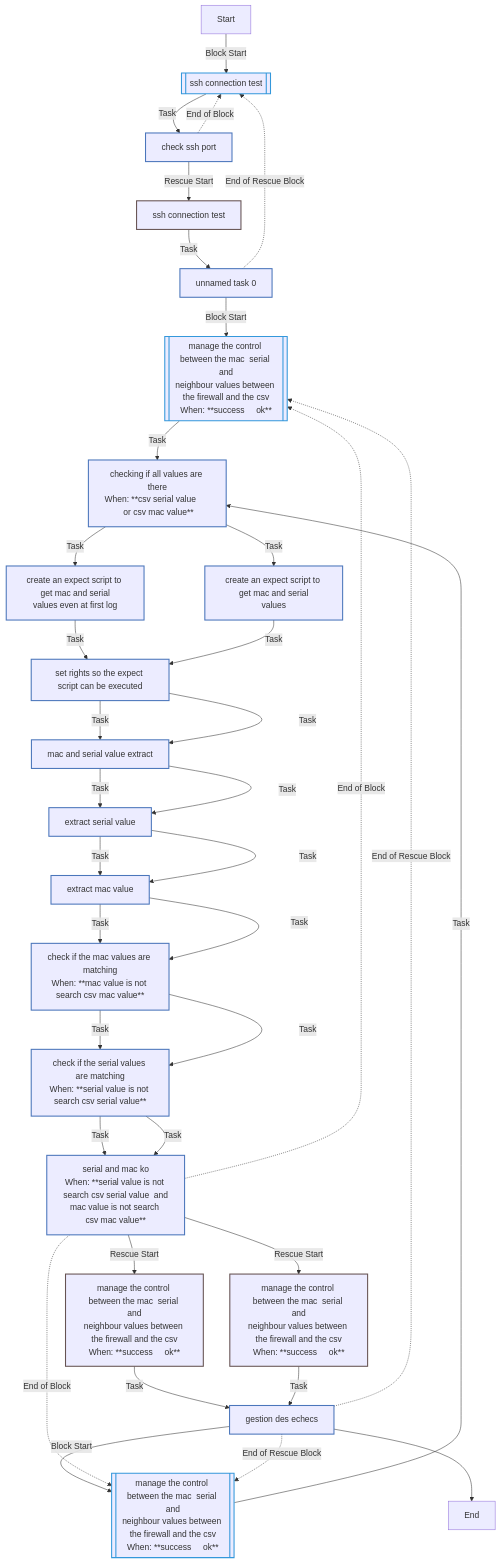
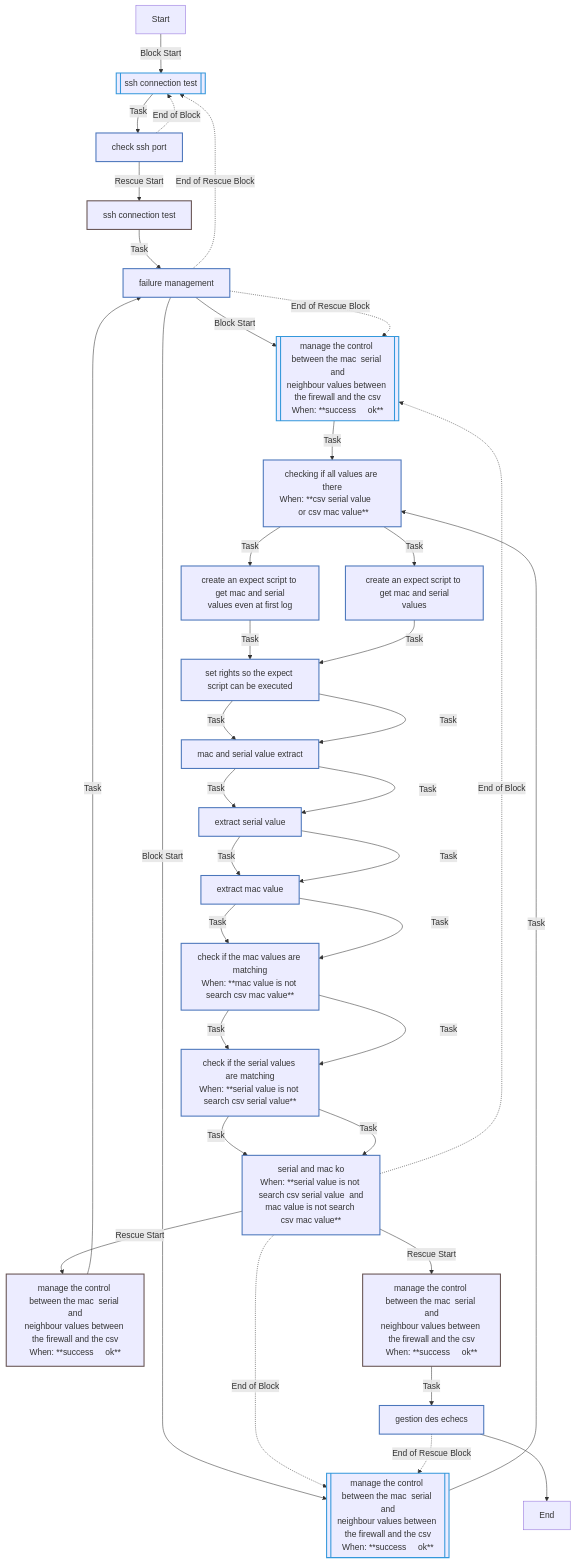
One commit to Enabo/Perso_tests changed the first of 5 diagrams in README.md. Above: the diagram before and after it, drawn with Mermaid. The commit also changed other lines of this file, not shown here.

````diff
--- a/README.md
+++ b/README.md
@@ -107,48 +107,48 @@
 ```mermaid
 flowchart TD
 Start
 classDef block stroke:#3498db,stroke-width:2px;
 classDef task stroke:#4b76bb,stroke-width:2px;
 classDef includeTasks stroke:#16a085,stroke-width:2px;
 classDef importTasks stroke:#34495e,stroke-width:2px;
 classDef includeRole stroke:#2980b9,stroke-width:2px;
 classDef importRole stroke:#699ba7,stroke-width:2px;
 classDef includeVars stroke:#8e44ad,stroke-width:2px;
 classDef rescue stroke:#665352,stroke-width:2px;
 
   Start-->|Block Start| SSH_connection_test0_block_start_0[[ssh connection test]]:::block
   SSH_connection_test0_block_start_0-->|Task| Check_ssh_port0[check ssh port]:::task
   Check_ssh_port0-.->|End of Block| SSH_connection_test0_block_start_0
   Check_ssh_port0-->|Rescue Start| SSH_connection_test0_rescue_start_0[ssh connection test]:::rescue
-  SSH_connection_test0_rescue_start_0-->|Task| Unnamed_task_00[unnamed task 0]:::task
-  Unnamed_task_00-.->|End of Rescue Block| SSH_connection_test0_block_start_0
-  Unnamed_task_00-->|Block Start| Manage_the_control_between_the_MAC__SERIAL_and_neighbour_values_between_the_firewall_and_the_CSV1_block_start_0[[manage the control between the mac  serial and<br>neighbour values between the firewall and the csv<br>When: **success     ok**]]:::block
+  SSH_connection_test0_rescue_start_0-->|Task| Failure_management0[failure management]:::task
+  Failure_management0-.->|End of Rescue Block| SSH_connection_test0_block_start_0
+  Failure_management0-->|Block Start| Manage_the_control_between_the_MAC__SERIAL_and_neighbour_values_between_the_firewall_and_the_CSV1_block_start_0[[manage the control between the mac  serial and<br>neighbour values between the firewall and the csv<br>When: **success     ok**]]:::block
   Manage_the_control_between_the_MAC__SERIAL_and_neighbour_values_between_the_firewall_and_the_CSV1_block_start_0-->|Task| checking_if_all_values_are_there0[checking if all values are there<br>When: **csv serial value       or csv mac value**]:::task
   checking_if_all_values_are_there0-->|Task| create_an_expect_script_to_get_mac_and_serial_values_even_at_first_log1[create an expect script to get mac and serial<br>values even at first log]:::task
   create_an_expect_script_to_get_mac_and_serial_values_even_at_first_log1-->|Task| set_rights_so_the_expect_script_can_be_executed2[set rights so the expect script can be executed]:::task
   set_rights_so_the_expect_script_can_be_executed2-->|Task| MAC_and_SERIAL_value_extract3[mac and serial value extract]:::task
   MAC_and_SERIAL_value_extract3-->|Task| extract_SERIAL_value4[extract serial value]:::task
   extract_SERIAL_value4-->|Task| extract_MAC_value5[extract mac value]:::task
   extract_MAC_value5-->|Task| Check_if_the_MAC_values_are_matching6[check if the mac values are matching<br>When: **mac value is not search csv mac value**]:::task
   Check_if_the_MAC_values_are_matching6-->|Task| Check_if_the_SERIAL_values_are_matching7[check if the serial values are matching<br>When: **serial value is not search csv serial value**]:::task
   Check_if_the_SERIAL_values_are_matching7-->|Task| SERIAL_and_MAC_KO8[serial and mac ko<br>When: **serial value is not search csv serial value  and<br>mac value is not search csv mac value**]:::task
   SERIAL_and_MAC_KO8-.->|End of Block| Manage_the_control_between_the_MAC__SERIAL_and_neighbour_values_between_the_firewall_and_the_CSV1_block_start_0
   SERIAL_and_MAC_KO8-->|Rescue Start| Manage_the_control_between_the_MAC__SERIAL_and_neighbour_values_between_the_firewall_and_the_CSV1_rescue_start_0[manage the control between the mac  serial and<br>neighbour values between the firewall and the csv<br>When: **success     ok**]:::rescue
-  Manage_the_control_between_the_MAC__SERIAL_and_neighbour_values_between_the_firewall_and_the_CSV1_rescue_start_0-->|Task| gestion_des_echecs0[gestion des echecs]:::task
-  gestion_des_echecs0-.->|End of Rescue Block| Manage_the_control_between_the_MAC__SERIAL_and_neighbour_values_between_the_firewall_and_the_CSV1_block_start_0
-  gestion_des_echecs0-->|Block Start| Manage_the_control_between_the_MAC__SERIAL_and_neighbour_values_between_the_firewall_and_the_CSV2_block_start_0[[manage the control between the mac  serial and<br>neighbour values between the firewall and the csv<br>When: **success     ok**]]:::block
+  Manage_the_control_between_the_MAC__SERIAL_and_neighbour_values_between_the_firewall_and_the_CSV1_rescue_start_0-->|Task| Failure_management0[failure management]:::task
+  Failure_management0-.->|End of Rescue Block| Manage_the_control_between_the_MAC__SERIAL_and_neighbour_values_between_the_firewall_and_the_CSV1_block_start_0
+  Failure_management0-->|Block Start| Manage_the_control_between_the_MAC__SERIAL_and_neighbour_values_between_the_firewall_and_the_CSV2_block_start_0[[manage the control between the mac  serial and<br>neighbour values between the firewall and the csv<br>When: **success     ok**]]:::block
   Manage_the_control_between_the_MAC__SERIAL_and_neighbour_values_between_the_firewall_and_the_CSV2_block_start_0-->|Task| checking_if_all_values_are_there0[checking if all values are there<br>When: **csv serial value       or csv mac value**]:::task
   checking_if_all_values_are_there0-->|Task| create_an_expect_script_to_get_mac_and_serial_values1[create an expect script to get mac and serial<br>values]:::task
   create_an_expect_script_to_get_mac_and_serial_values1-->|Task| set_rights_so_the_expect_script_can_be_executed2[set rights so the expect script can be executed]:::task
   set_rights_so_the_expect_script_can_be_executed2-->|Task| MAC_and_SERIAL_value_extract3[mac and serial value extract]:::task
   MAC_and_SERIAL_value_extract3-->|Task| extract_SERIAL_value4[extract serial value]:::task
   extract_SERIAL_value4-->|Task| extract_MAC_value5[extract mac value]:::task
   extract_MAC_value5-->|Task| Check_if_the_MAC_values_are_matching6[check if the mac values are matching<br>When: **mac value is not search csv mac value**]:::task
   Check_if_the_MAC_values_are_matching6-->|Task| Check_if_the_SERIAL_values_are_matching7[check if the serial values are matching<br>When: **serial value is not search csv serial value**]:::task
   Check_if_the_SERIAL_values_are_matching7-->|Task| SERIAL_and_MAC_KO8[serial and mac ko<br>When: **serial value is not search csv serial value  and<br>mac value is not search csv mac value**]:::task
   SERIAL_and_MAC_KO8-.->|End of Block| Manage_the_control_between_the_MAC__SERIAL_and_neighbour_values_between_the_firewall_and_the_CSV2_block_start_0
   SERIAL_and_MAC_KO8-->|Rescue Start| Manage_the_control_between_the_MAC__SERIAL_and_neighbour_values_between_the_firewall_and_the_CSV2_rescue_start_0[manage the control between the mac  serial and<br>neighbour values between the firewall and the csv<br>When: **success     ok**]:::rescue
   Manage_the_control_between_the_MAC__SERIAL_and_neighbour_values_between_the_firewall_and_the_CSV2_rescue_start_0-->|Task| gestion_des_echecs0[gestion des echecs]:::task
   gestion_des_echecs0-.->|End of Rescue Block| Manage_the_control_between_the_MAC__SERIAL_and_neighbour_values_between_the_firewall_and_the_CSV2_block_start_0
   gestion_des_echecs0-->End
 ```
````
